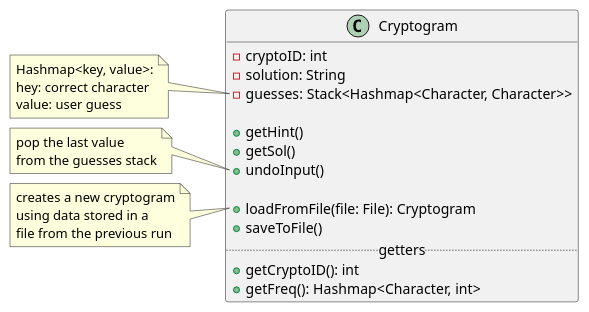
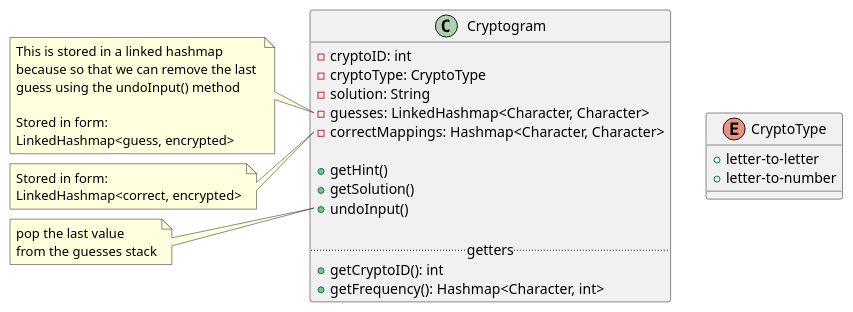
One commit to finlaysr/CS207-Cryptograms changed the diagram in Class-Diagrams/src/cryptogram.puml. Above: the diagram before and after it, drawn with PlantUML. The commit also changed 3 other files, not shown here.

Commit message:
Adding more to the class diagrams

```diff
--- a/Class-Diagrams/src/cryptogram.puml
+++ b/Class-Diagrams/src/cryptogram.puml
@@ -1,37 +1,47 @@
 @startuml
 
 ' Maybe should be a interface
 class Cryptogram {
     - cryptoID: int
+    - cryptoType: CryptoType
     - solution: String
-    - guesses: Stack<Hashmap<Character, Character>>
-
+    - guesses: LinkedHashmap<Character, Character>
+    - correctMappings: Hashmap<Character, Character>
+    
     + getHint()
-    + getSol()
+    + getSolution()
     + undoInput()
 
-    + loadFromFile(file: File): Cryptogram
-    + saveToFile()
     ..getters..
     + getCryptoID(): int
-    + getFreq(): Hashmap<Character, int>
+    + getFrequency(): Hashmap<Character, int>
 }
 
+enum CryptoType{
+
+    + letter-to-letter
+    + letter-to-number
+}
+
+
+
 note left of Cryptogram::guesses
- Hashmap<key, value>:
- hey: correct character
- value: user guess
+    This is stored in a linked hashmap
+    because so that we can remove the last 
+    guess using the undoInput() method
+
+    Stored in form:
+    LinkedHashmap<guess, encrypted>
+end note
+
+note left of Cryptogram::correctMappings
+    Stored in form:
+    LinkedHashmap<correct, encrypted>
 end note
 
 note left of Cryptogram::undoInput
     pop the last value
     from the guesses stack
 end note
 
-note left of Cryptogram::loadFromFile
-    creates a new cryptogram
-    using data stored in a
-    file from the previous run
-end note
-
 @enduml
```
